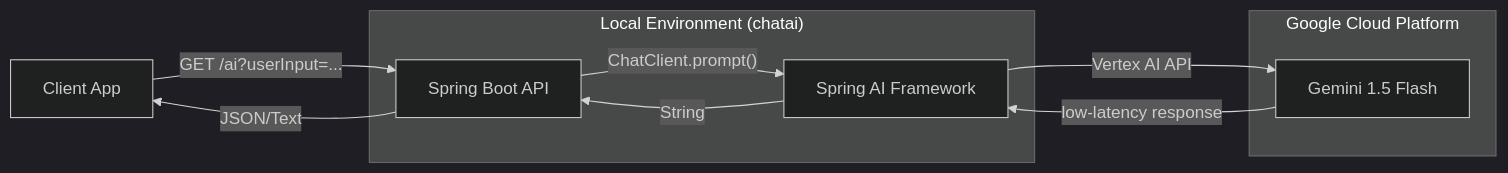
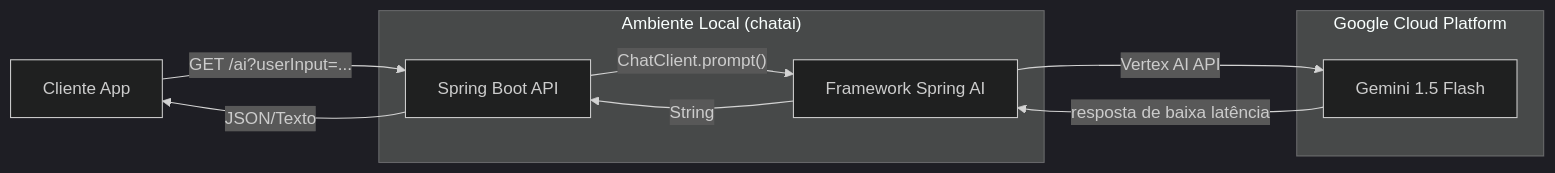
One commit to doodohrafael/chat-ai changed the diagram in README.md. Above: the diagram before and after it, drawn with Mermaid (dark theme). The commit also changed other lines of this file and 1 other file, not shown here.

````diff
--- a/README.md
+++ b/README.md
@@ -21,13 +21,13 @@
 ```mermaid
 graph LR
-    A[Client App] -- GET /ai?userInput=... --> B[Spring Boot API]
-    subgraph "Local Environment (chatai)"
-        B -- ChatClient.prompt() --> C[Spring AI Framework]
+    A[Cliente App] -- GET /ai?userInput=... --> B[Spring Boot API]
+    subgraph "Ambiente Local (chatai)"
+        B -- ChatClient.prompt() --> C[Framework Spring AI]
     end
     subgraph "Google Cloud Platform"
         C -- Vertex AI API --> D[Gemini 1.5 Flash]
     end
-    D -- low-latency response --> C
+    D -- resposta de baixa latência --> C
     C -- String --> B
-    B -- JSON/Text --> A
+    B -- JSON/Texto --> A
 ```
````
